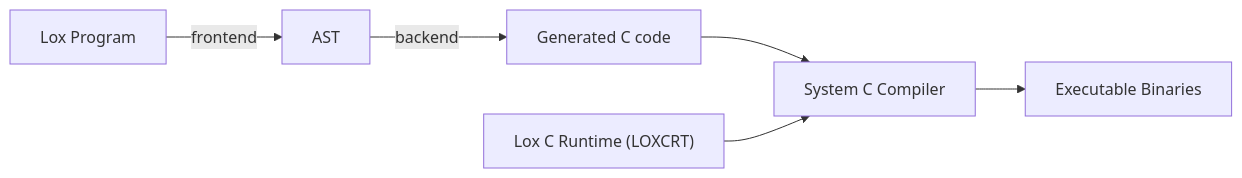
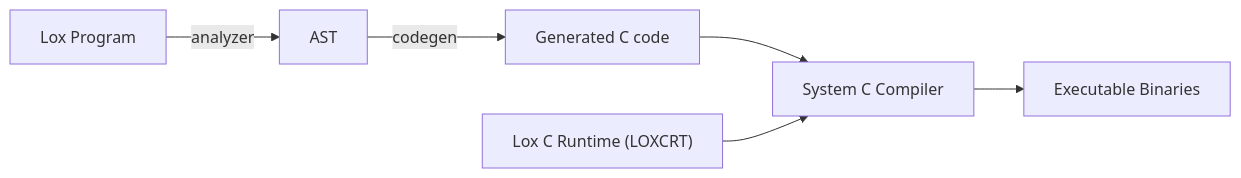
One commit to cylixlee/loxcc changed the diagram in README.md. Above: the diagram before and after it, drawn with Mermaid. The commit also changed other lines of this file, not shown here.

````diff
--- a/README.md
+++ b/README.md
@@ -22,16 +22,16 @@
 ```mermaid
 graph LR
 
 L[Lox Program]
 A[AST]
 O[Generated C code]
 R["Lox C Runtime (LOXCRT)"]
 C[System C Compiler]
 E[Executable Binaries]
 
-L --frontend--> A
-A --backend--> O
+L --analyzer--> A
+A --codegen--> O
 O --> C
 R --> C
 C --> E
 ```
````
